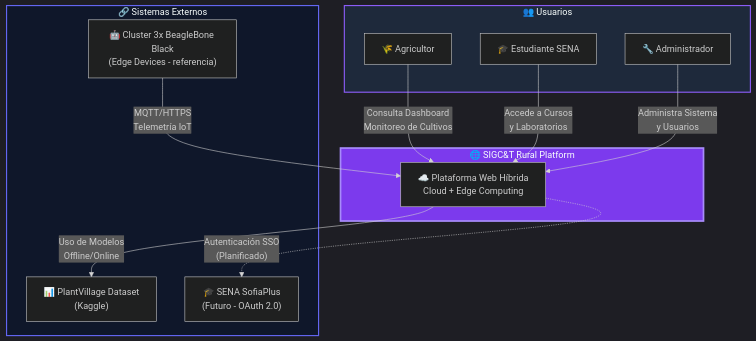
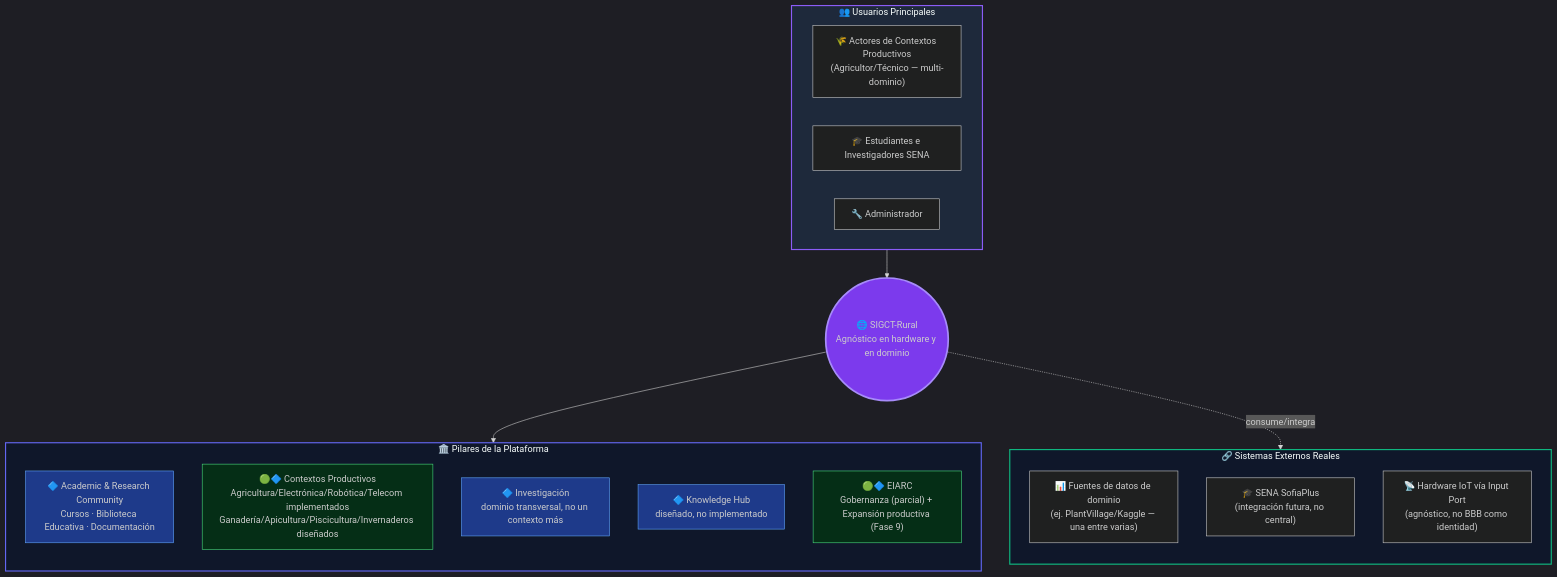
The second of 5 diagrams in README.md (badolgm/sigcTiArural), drawn with Mermaid before and after one commit. The commit also changed other lines of this file and 1 other file, not shown here.

Commit message:
docs(readme): finalize V8 architecture alignment and visual layout fixes

````diff
--- a/README.md
+++ b/README.md
@@ -199,31 +214,41 @@
 ```mermaid
 %%{init: {'theme':'dark', 'themeVariables': { 'primaryColor':'#7c3aed','fontSize':'16px'}}}%%
 flowchart TB
-    subgraph users["👥 Usuarios"]
-        A["🌾 Agricultor"]
-        B["🎓 Estudiante SENA"]
+    subgraph users["👥 Usuarios Principales"]
+        A["🌾 Actores de Contextos Productivos<br/>(Agricultor/Técnico — multi-dominio)"]
+        B["🎓 Estudiantes e Investigadores SENA"]
         C["🔧 Administrador"]
     end
 
-    subgraph sigct["🌐 SIGC&T Rural Platform"]
-        S["☁️ Plataforma Web Híbrida<br/>Cloud + Edge Computing"]
+    ROOT(("🌐 SIGCT-Rural<br/>Agnóstico en hardware y en dominio"))
+
+    subgraph core["🏛️ Pilares de la Plataforma"]
+        direction TB
+        ARC["🔷 Academic &amp; Research Community<br/>Cursos · Biblioteca Educativa · Documentación"]
+        PRODCTX["🟢🔷 Contextos Productivos<br/>Agricultura/Electrónica/Robótica/Telecom implementados<br/>Ganadería/Apicultura/Piscicultura/Invernaderos diseñados"]
+        RESEARCH["🔷 Investigación<br/>dominio transversal, no un contexto más"]
+        KHUB["🔷 Knowledge Hub<br/>diseñado, no implementado"]
+        EIARC["🟢🔷 EIARC<br/>Gobernanza (parcial) + Expansión productiva (Fase 9)"]
     end
 
-    subgraph external["🔗 Sistemas Externos"]
-        E1["🤖 Cluster 3x BeagleBone Black<br/>(Edge Devices - referencia)"]
-        E2["📊 PlantVillage Dataset<br/>(Kaggle)"]
-        E3["🎓 SENA SofiaPlus<br/>(Futuro - OAuth 2.0)"]
+    subgraph external["🔗 Sistemas Externos Reales"]
+        direction TB
+        DATA["📊 Fuentes de datos de dominio<br/>(ej. PlantVillage/Kaggle — una entre varias)"]
+        SENAX["🎓 SENA SofiaPlus<br/>(integración futura, no central)"]
+        IOTX["📡 Hardware IoT vía Input Port<br/>(agnóstico, no BBB como identidad)"]
     end
 
-    A -->|"Consulta Dashboard<br/>Monitoreo de Cultivos"| S
-    B -->|"Accede a Cursos<br/>y Laboratorios"| S
-    C -->|"Administra Sistema<br/>y Usuarios"| S
+    users --> ROOT
+    ROOT --> core
+    ROOT -.->|"consume/integra"| external
 
-    E1 -->|"MQTT/HTTPS<br/>Telemetría IoT"| S
-    S -->|"Uso de Modelos<br/>Offline/Online"| E2
-    S -.->|"Autenticación SSO<br/>(Planificado)"| E3
-
+    style ROOT fill:#7c3aed,stroke:#a78bfa,stroke-width:3px
     style users fill:#1e293b,stroke:#8b5cf6,stroke-width:2px
-    style sigct fill:#7c3aed,stroke:#a78bfa,stroke-width:3px
-    style external fill:#0f172a,stroke:#6366f1,stroke-width:2px
+    style core fill:#0f172a,stroke:#6366f1,stroke-width:2px
+    style external fill:#0f172a,stroke:#10b981,stroke-width:2px
+    style PRODCTX fill:#052e16,stroke:#4ade80
+    style EIARC fill:#052e16,stroke:#4ade80
+    style ARC fill:#1e3a8a,stroke:#60a5fa
+    style RESEARCH fill:#1e3a8a,stroke:#60a5fa
+    style KHUB fill:#1e3a8a,stroke:#60a5fa
 ```
````
